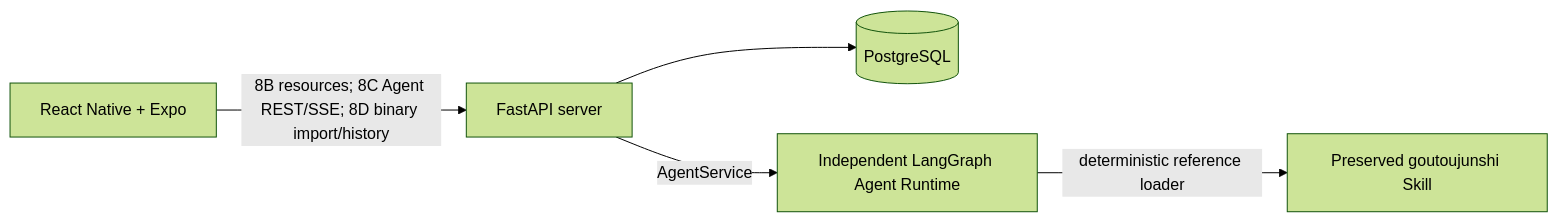
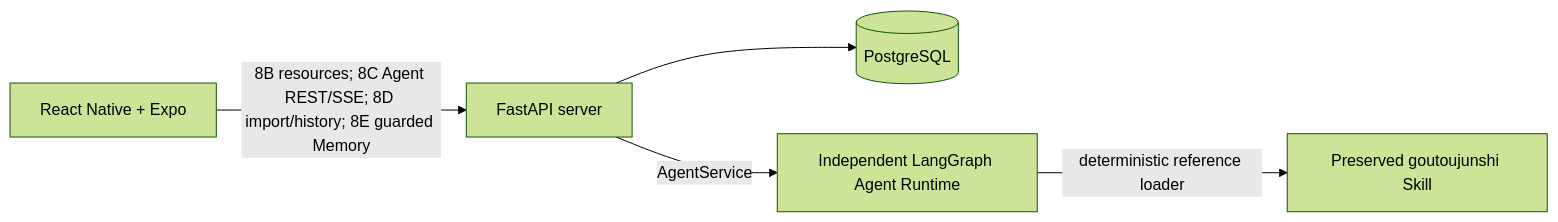
One commit to Lack666/goutouapp changed the diagram in docs/ARCHITECTURE.md. Above: the diagram before and after it, drawn with Mermaid (forest theme). The commit also changed other lines of this file and 42 other files, not shown here.

Commit message:
Phase 8E: integrate guarded mobile Memory controls and receipts

````diff
--- a/docs/ARCHITECTURE.md
+++ b/docs/ARCHITECTURE.md
@@ -19,7 +19,7 @@
 ```mermaid
 flowchart LR
-  Mobile[React Native + Expo] -->|8B resources; 8C Agent REST/SSE; 8D binary import/history| Server[FastAPI server]
+  Mobile[React Native + Expo] -->|8B resources; 8C Agent REST/SSE; 8D import/history; 8E guarded Memory| Server[FastAPI server]
   Server --> Database[(PostgreSQL)]
   Server -->|AgentService| Runtime[Independent LangGraph Agent Runtime]
   Runtime -->|deterministic reference loader| Knowledge[Preserved goutoujunshi Skill]
 ```
````
